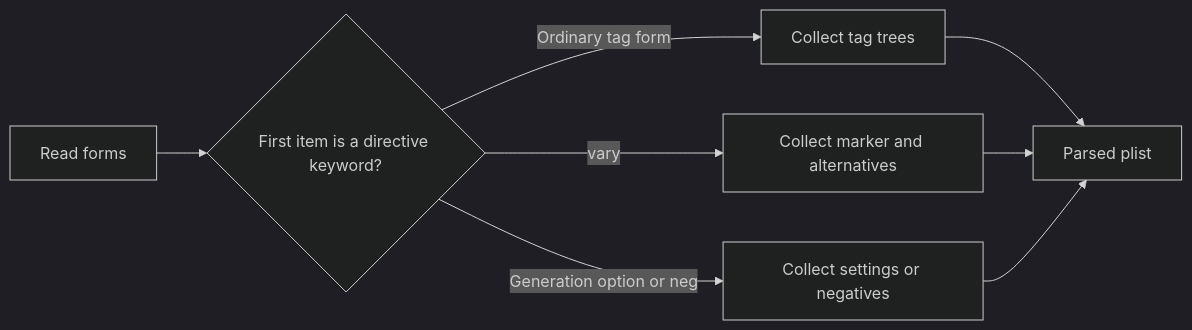
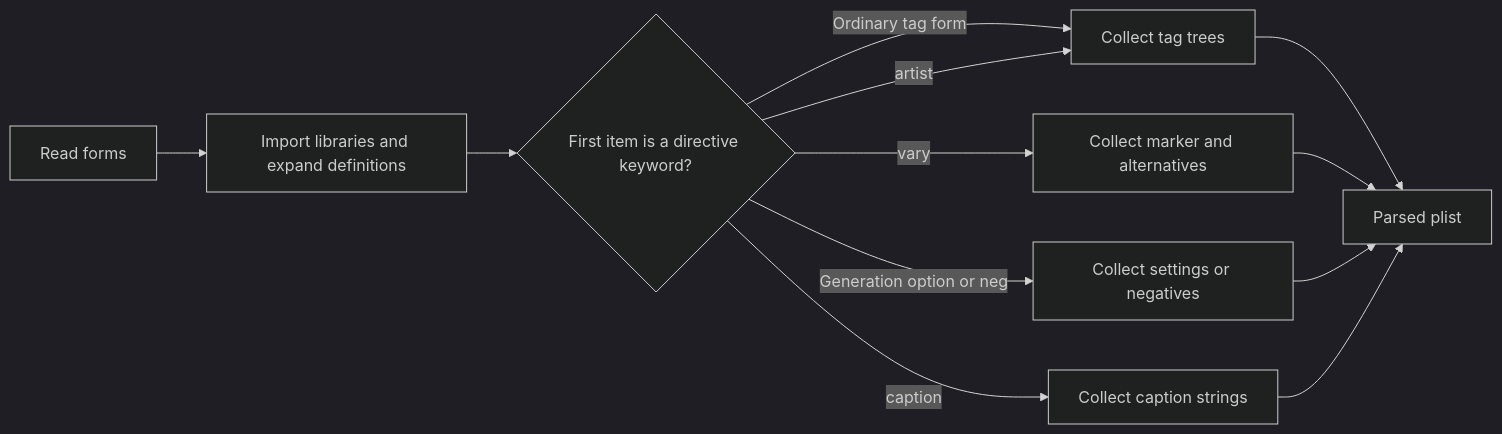
One commit to ojari/home_config changed the second of 5 diagrams in lisp/danbooru-explained.md. Above: the diagram before and after it, drawn with Mermaid (dark theme). The commit also changed other lines of this file and 1 other file, not shown here.

````diff
--- a/lisp/danbooru-explained.md
+++ b/lisp/danbooru-explained.md
@@ -269,10 +271,14 @@
 ```mermaid
 flowchart LR
-    A[Read forms] --> B{First item is a directive keyword?}
+    A[Read forms] --> L[Import libraries and expand definitions]
+    L --> B{First item is a directive keyword?}
     B -->|Ordinary tag form| C[Collect tag trees]
     B -->|vary| D[Collect marker and alternatives]
     B -->|Generation option or neg| E[Collect settings or negatives]
+    B -->|artist| C
+    B -->|caption| F[Collect caption strings]
     C --> G[Parsed plist]
     D --> G
     E --> G
+    F --> G
 ```
````
